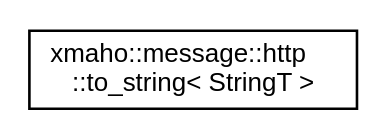
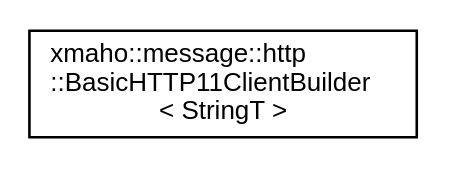
One commit to forno/xmaho changed the diagram in inherit_graph_2.dot. Above: the diagram before and after it, drawn with Graphviz. The commit also changed 74 other files, not shown here.

```diff
--- a/inherit_graph_2.dot
+++ b/inherit_graph_2.dot
@@ -1,8 +1,8 @@
 digraph "Graphical Class Hierarchy"
 {
  // LATEX_PDF_SIZE
   edge [fontname="Helvetica",fontsize="10",labelfontname="Helvetica",labelfontsize="10"];
   node [fontname="Helvetica",fontsize="10",shape=record];
   rankdir="LR";
-  Node0 [label="xmaho::message::http\l::to_string\< StringT \>",height=0.2,width=0.4,color="black", fillcolor="white", style="filled",URL="$structxmaho_1_1message_1_1http_1_1to__string.html",tooltip="The StringT::size_type to StringT convertion class."];
+  Node0 [label="xmaho::message::http\l::BasicHTTP11ClientBuilder\l\< StringT \>",height=0.2,width=0.4,color="black", fillcolor="white", style="filled",URL="$classxmaho_1_1message_1_1http_1_1_basic_h_t_t_p11_client_builder.html",tooltip="HTTP/1.1 message generator."];
 }
```
